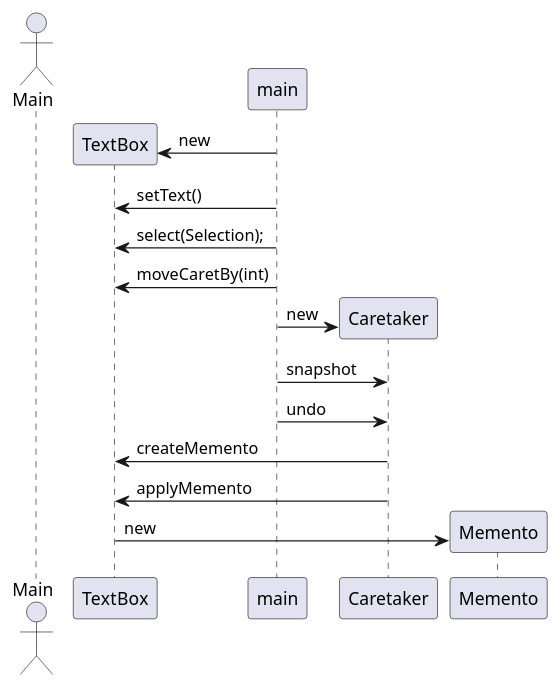
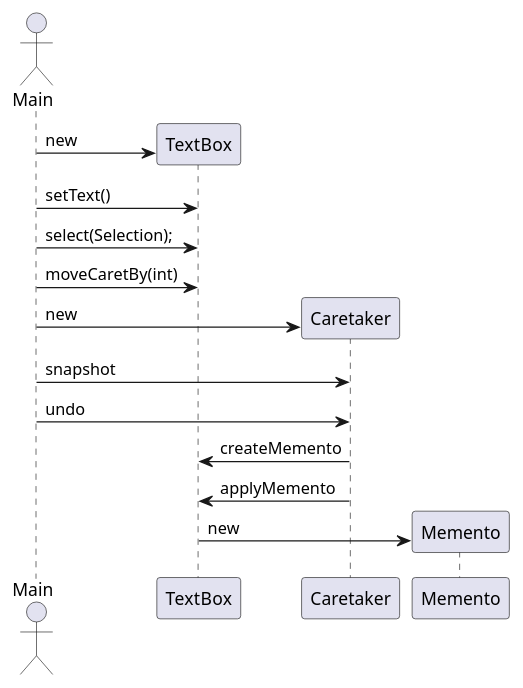
The diagram in Memento/uml/umlsequence.puml (BeqaKhaburdzania/FreeUni-SDP-2013-Lab-UML), drawn with PlantUML before and after one commit.

```diff
--- a/Memento/uml/umlsequence.puml
+++ b/Memento/uml/umlsequence.puml
@@ -1,24 +1,24 @@
 @startuml
 actor Main
 
 create TextBox
-main -> TextBox :new
-main -> TextBox :setText()
-main -> TextBox :select(Selection);
-main -> TextBox :moveCaretBy(int)
+Main -> TextBox :new
+Main -> TextBox :setText()
+Main -> TextBox :select(Selection);
+Main -> TextBox :moveCaretBy(int)
 
 create Caretaker
-main -> Caretaker :new
-main -> Caretaker :snapshot
-main -> Caretaker :undo
+Main -> Caretaker :new
+Main -> Caretaker :snapshot
+Main -> Caretaker :undo
 
 
 Caretaker -> TextBox :createMemento
 Caretaker -> TextBox :applyMemento
 
 
 create Memento
 TextBox -> Memento :new
 
 
 @enduml
```
